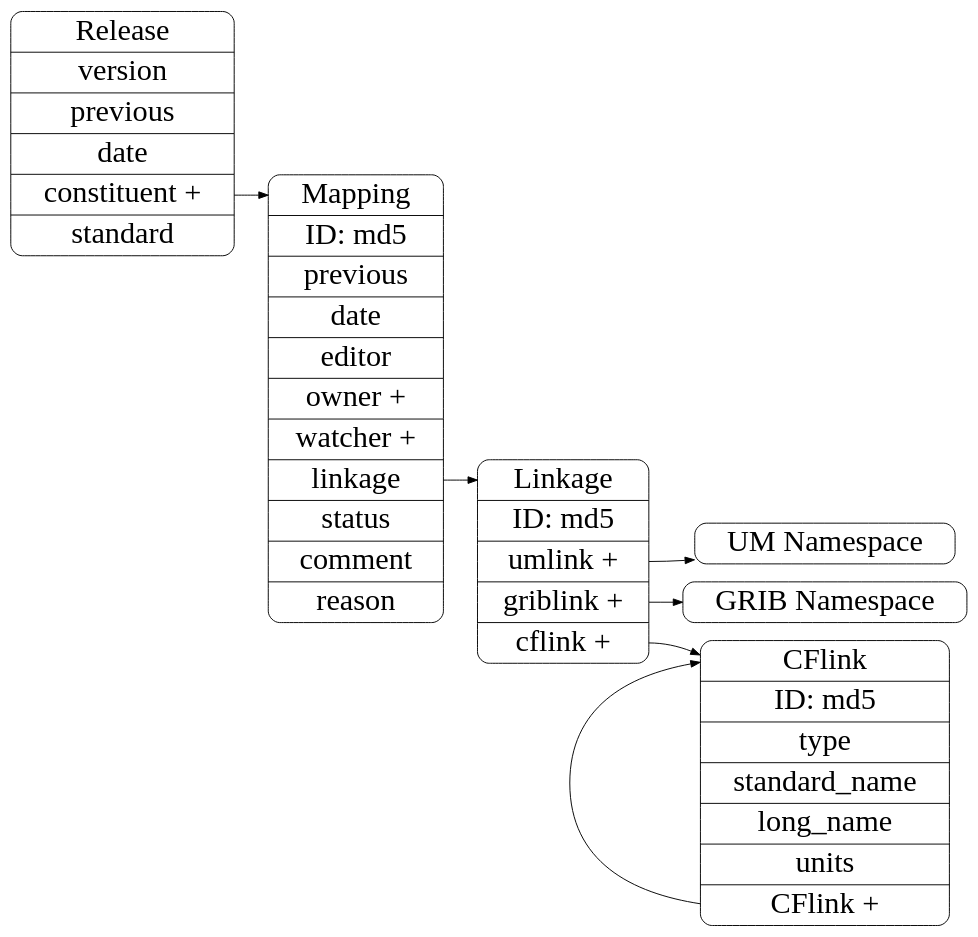
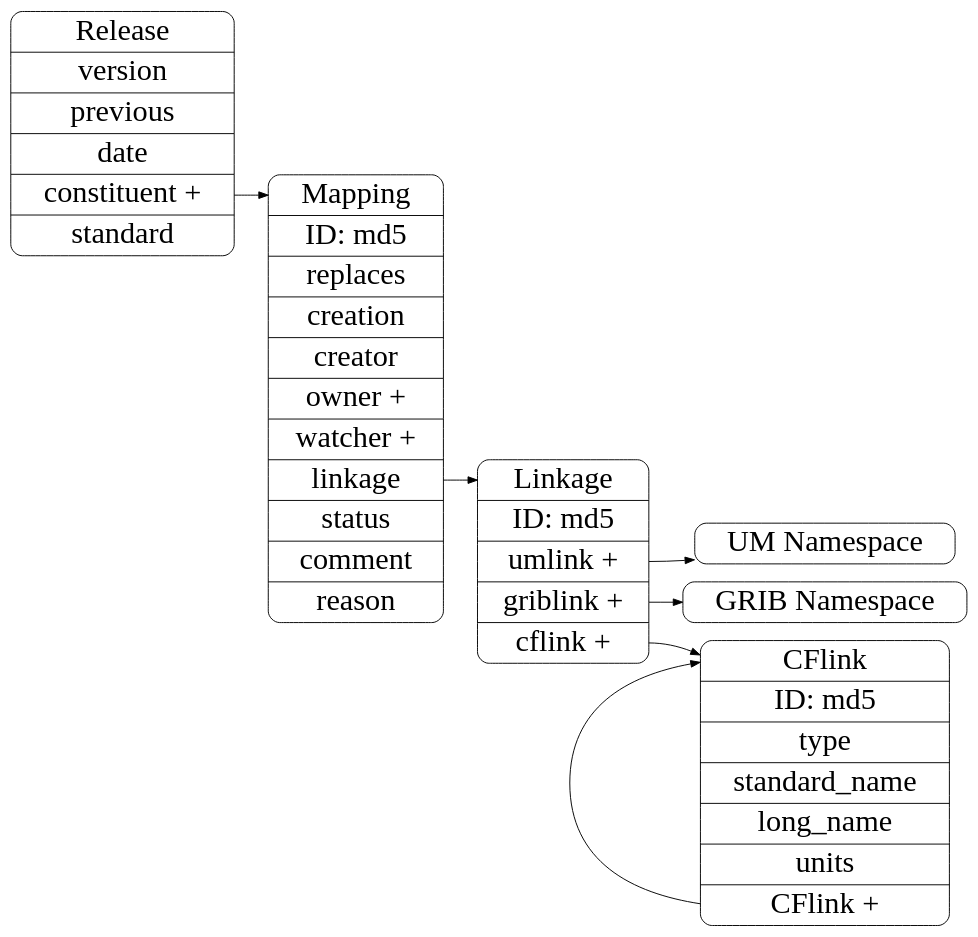
Before and after one commit to metarelate/metOcean-mapping: the diagram in docs/source/developer/design/records.dot, drawn with Graphviz. The commit also changed 9 other files, not shown here.

Commit message:
propagated graph changes to editor

```diff
--- a/docs/source/developer/design/records.dot
+++ b/docs/source/developer/design/records.dot
@@ -1,58 +1,58 @@
 digraph records {
 
 ## basic setup 
 
    	rankdir = LR;
         node [
         fontsize = 32,
         shape = Mrecord
         ];
 
         edge [
         fontsize = 24
         ];
 
 ## class definitions
 
    	cflink [
 	label = "<title> CFlink |ID: md5 |<type>type |<sn>standard_name |<ln>long_name |<units>units|<cflink>CFlink + "
 	];
 
         linkage [
 	label = "<title> Linkage |ID: md5 |<umlink>umlink + |<griblink>griblink + |<cflink>cflink + "
 	];
 
 	mapping [
-	label = "<title> Mapping |ID: md5 |previous |date |editor |owner + |watcher + |<plink>linkage |status |comment |reason "
+	label = "<title> Mapping |ID: md5 |replaces |creation |creator |owner + |watcher + |<plink>linkage |status |comment |reason "
 	];
 
 	release [
 	label = "<title> Release |version|previous|date|<con>constituent + |standard"
 	];
 
 
 	um [
 	label = "UM Namespace"
 	];
 
 	grib [
 	label = "GRIB Namespace"
 	];
 
 
 
 ## relations
 
 	mapping:plink -> linkage:title;
 
 	release:con -> mapping:title
 
 	linkage:umlink -> um
 
 	linkage:griblink -> grib
 
 	linkage:cflink -> cflink
 
 	cflink:cflink -> cflink:title 
 
 }
```
